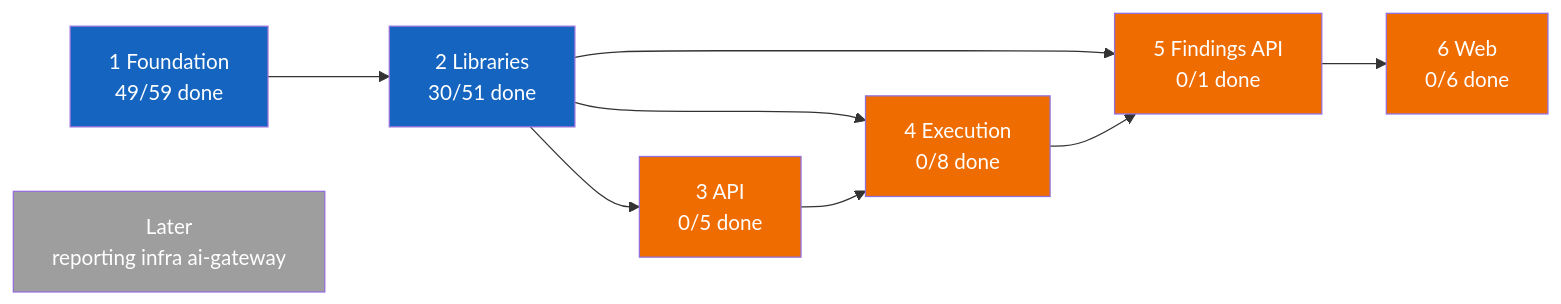
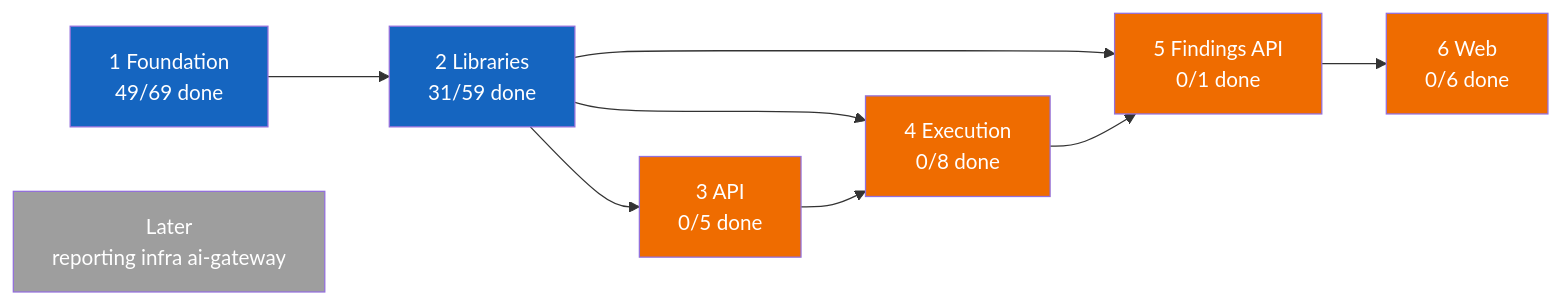
Before and after one commit to vulcanflow/docs: the first of 2 diagrams in PROGRESS.md, drawn with Mermaid. The commit also changed other lines of this file and 1 other file, not shown here.

````diff
--- a/PROGRESS.md
+++ b/PROGRESS.md
@@ -24,31 +24,31 @@
 ```mermaid
 flowchart LR
-  P1["1 Foundation<br/>49/59 done"]
-  P2["2 Libraries<br/>30/51 done"]
+  P1["1 Foundation<br/>49/69 done"]
+  P2["2 Libraries<br/>31/59 done"]
   P3["3 API<br/>0/5 done"]
   P4["4 Execution<br/>0/8 done"]
   P5["5 Findings API<br/>0/1 done"]
   P6["6 Web<br/>0/6 done"]
   L["Later<br/>reporting infra ai-gateway"]
 
   P1 --> P2
   P2 --> P3
   P2 --> P4
   P3 --> P4
   P2 --> P5
   P4 --> P5
   P5 --> P6
 
   classDef done fill:#2e7d32,color:#fff
   classDef active fill:#1565c0,color:#fff
   classDef held fill:#9e9e9e,color:#fff
   classDef blocked fill:#ef6c00,color:#fff
 
   class P1 active
   class P2 active
   class P3 blocked
   class P4 blocked
   class P5 blocked
   class P6 blocked
   class L held
 ```
````
